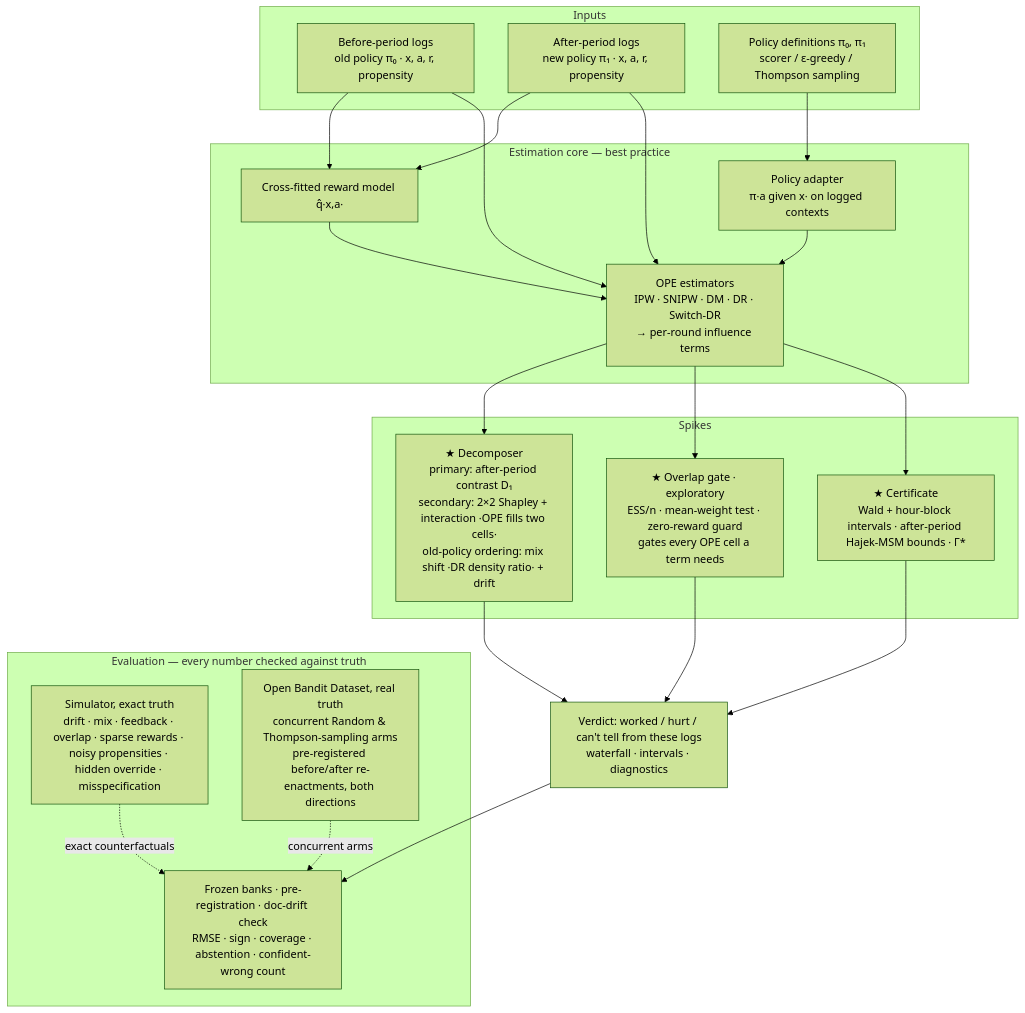
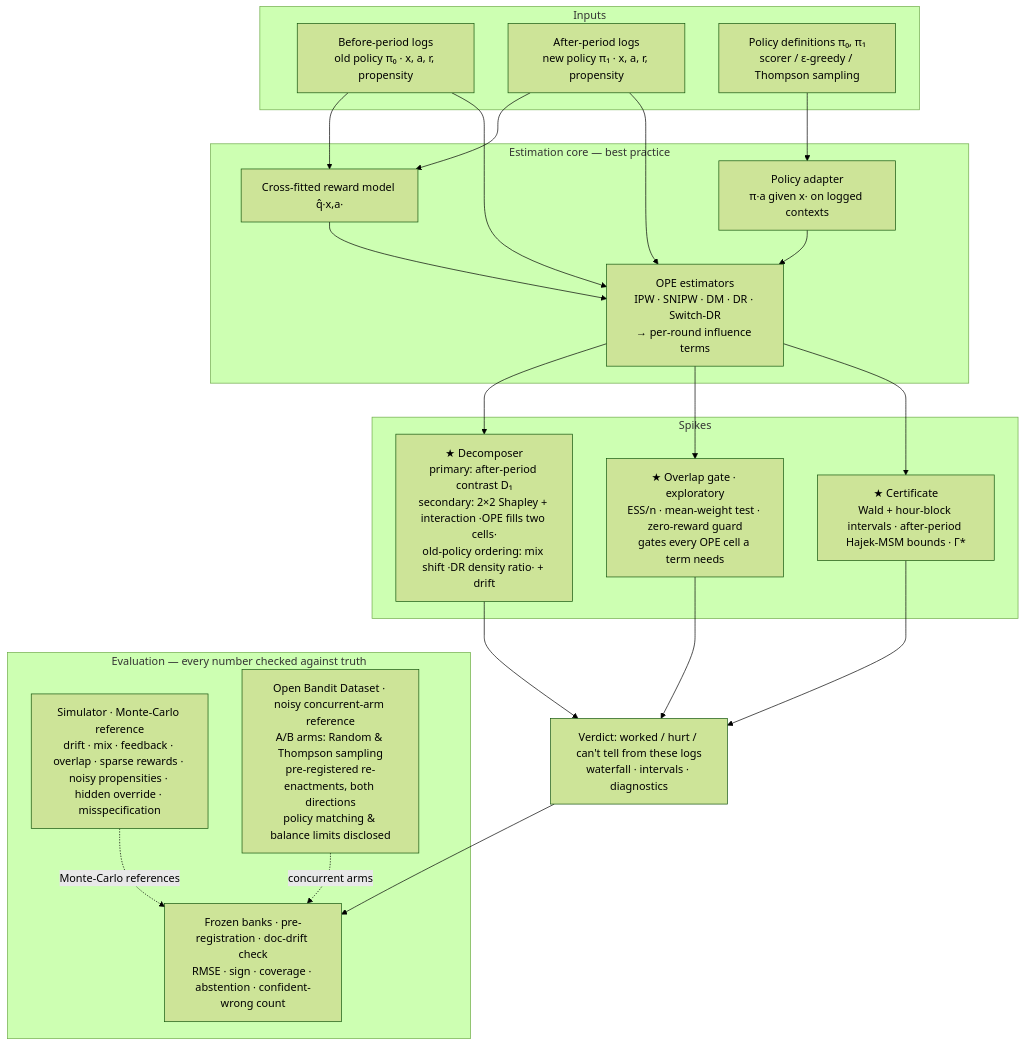
The diagram in perceptron-p03-off-policy-eval/deliverables/architecture.md (imdigitalashish/techfest-2026), drawn with Mermaid (forest theme) before and after one commit. The commit also changed 17 other files, not shown here.

````diff
--- a/perceptron-p03-off-policy-eval/deliverables/architecture.md
+++ b/perceptron-p03-off-policy-eval/deliverables/architecture.md
@@ -3,33 +3,33 @@
 ```mermaid
 flowchart TB
   subgraph IN[Inputs]
     L0[Before-period logs<br/>old policy π₀ · x, a, r, propensity]
     L1[After-period logs<br/>new policy π₁ · x, a, r, propensity]
     P[Policy definitions π₀, π₁<br/>scorer / ε-greedy / Thompson sampling]
   end
   subgraph CORE[Estimation core — best practice]
     PA[Policy adapter<br/>π·a given x· on logged contexts]
     RM[Cross-fitted reward model q̂·x,a·]
     EST[OPE estimators<br/>IPW · SNIPW · DM · DR · Switch-DR<br/>→ per-round influence terms]
   end
   subgraph SPIKE[Spikes]
     DEC[★ Decomposer<br/>primary: after-period contrast D₁<br/>secondary: 2×2 Shapley + interaction ·OPE fills two cells·<br/>old-policy ordering: mix shift ·DR density ratio· + drift]
     GATE[★ Overlap gate · exploratory<br/>ESS/n · mean-weight test · zero-reward guard<br/>gates every OPE cell a term needs]
     CERT[★ Certificate<br/>Wald + hour-block intervals · after-period Hajek-MSM bounds · Γ*]
   end
   REP[Verdict: worked / hurt / can't tell from these logs<br/>waterfall · intervals · diagnostics]
   subgraph EVAL[Evaluation — every number checked against truth]
-    SIM[Simulator, exact truth<br/>drift · mix · feedback · overlap · sparse rewards · noisy propensities · hidden override · misspecification]
-    OBD[Open Bandit Dataset, real truth<br/>concurrent Random & Thompson-sampling arms<br/>pre-registered before/after re-enactments, both directions]
+    SIM[Simulator · Monte-Carlo reference<br/>drift · mix · feedback · overlap · sparse rewards · noisy propensities · hidden override · misspecification]
+    OBD[Open Bandit Dataset · noisy concurrent-arm reference<br/>A/B arms: Random & Thompson sampling<br/>pre-registered re-enactments, both directions<br/>policy matching & balance limits disclosed]
     CHK[Frozen banks · pre-registration · doc-drift check<br/>RMSE · sign · coverage · abstention · confident-wrong count]
   end
   L0 & L1 --> RM & EST
   P --> PA --> EST
   RM --> EST
   EST --> DEC & GATE & CERT
   GATE --> REP
   DEC & CERT --> REP
-  SIM -. exact counterfactuals .-> CHK
+  SIM -. Monte-Carlo references .-> CHK
   OBD -. concurrent arms .-> CHK
   REP --> CHK
 ```
````
